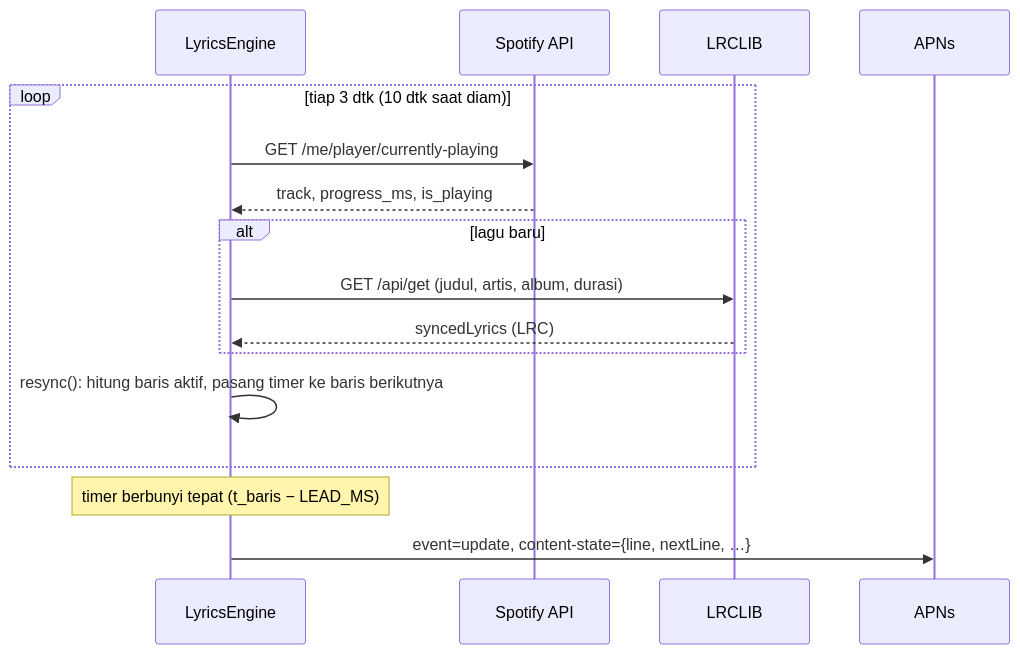
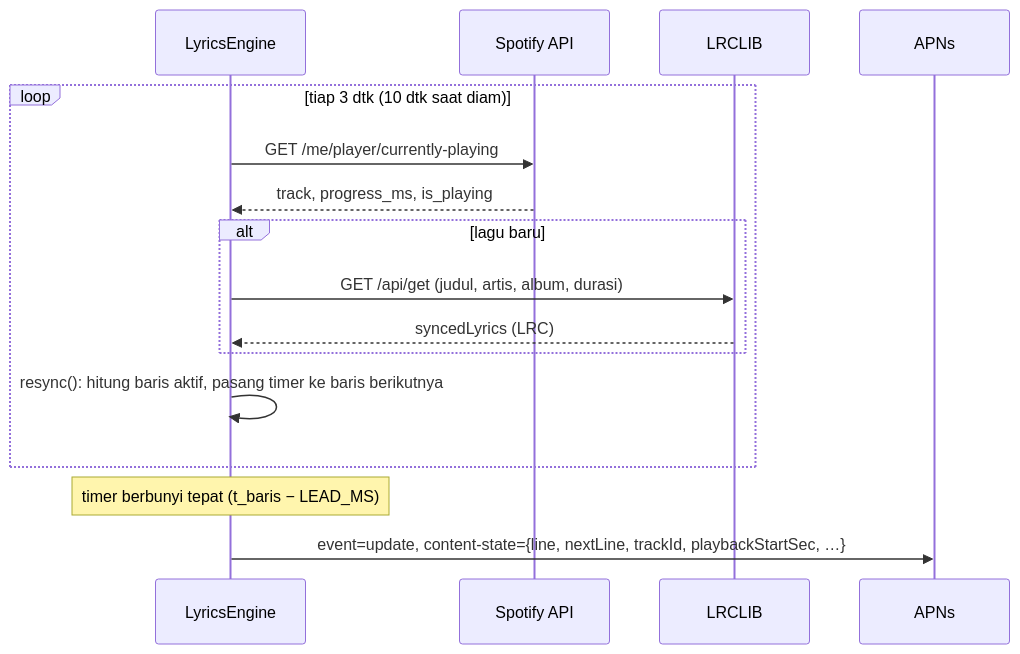
The third of 5 diagrams in docs/DESIGN.md (uchihaarfan28/lirik), drawn with Mermaid before and after one commit. The commit also changed other lines of this file and 380 other files, not shown here.

````diff
--- a/docs/DESIGN.md
+++ b/docs/DESIGN.md
@@ -112,19 +112,19 @@
 ```mermaid
 sequenceDiagram
     participant E as LyricsEngine
     participant SP as Spotify API
     participant L as LRCLIB
     participant AP as APNs
 
     loop tiap 3 dtk (10 dtk saat diam)
         E->>SP: GET /me/player/currently-playing
         SP-->>E: track, progress_ms, is_playing
         alt lagu baru
             E->>L: GET /api/get (judul, artis, album, durasi)
             L-->>E: syncedLyrics (LRC)
         end
         E->>E: resync(): hitung baris aktif, pasang timer ke baris berikutnya
     end
     Note over E: timer berbunyi tepat (t_baris − LEAD_MS)
-    E->>AP: event=update, content-state={line, nextLine, …}
+    E->>AP: event=update, content-state={line, nextLine, trackId, playbackStartSec, …}
 ```
````
